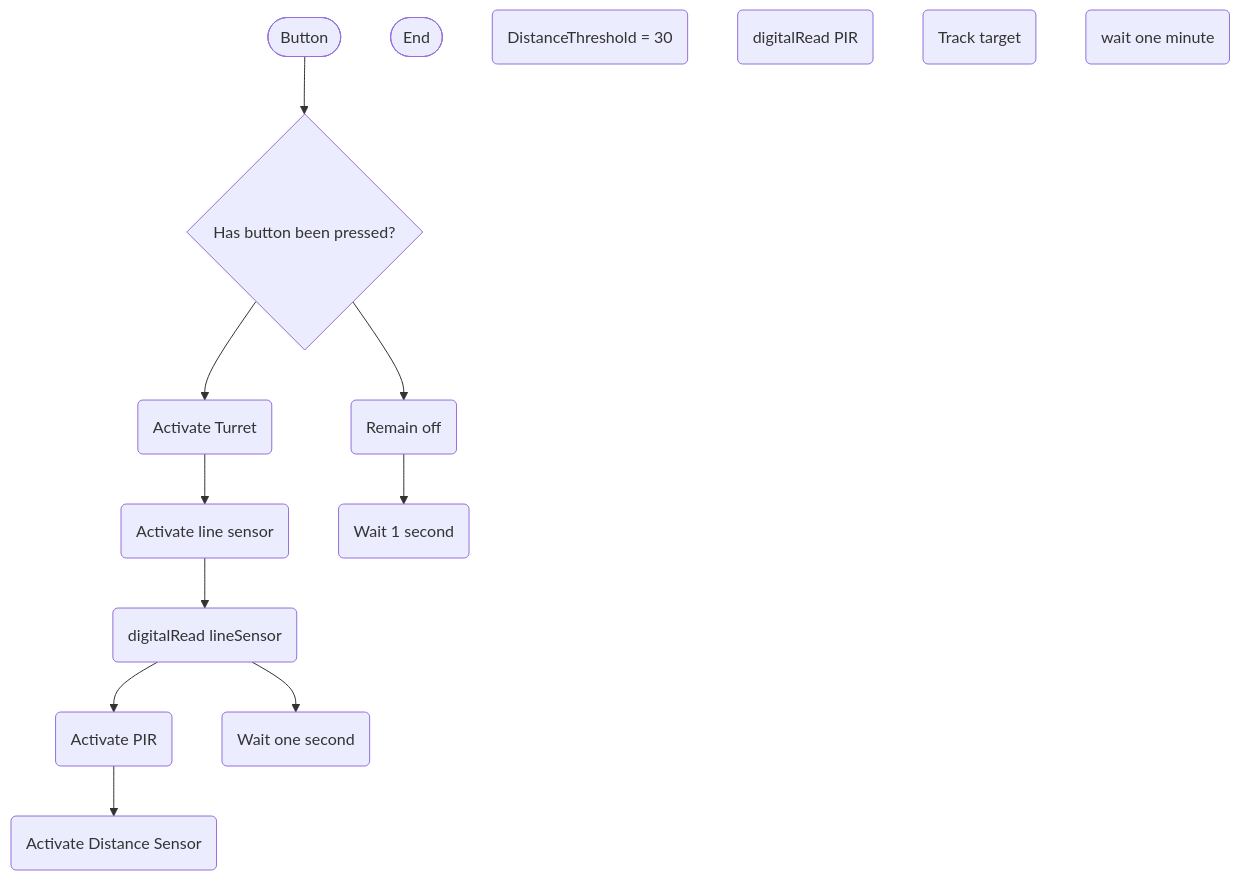
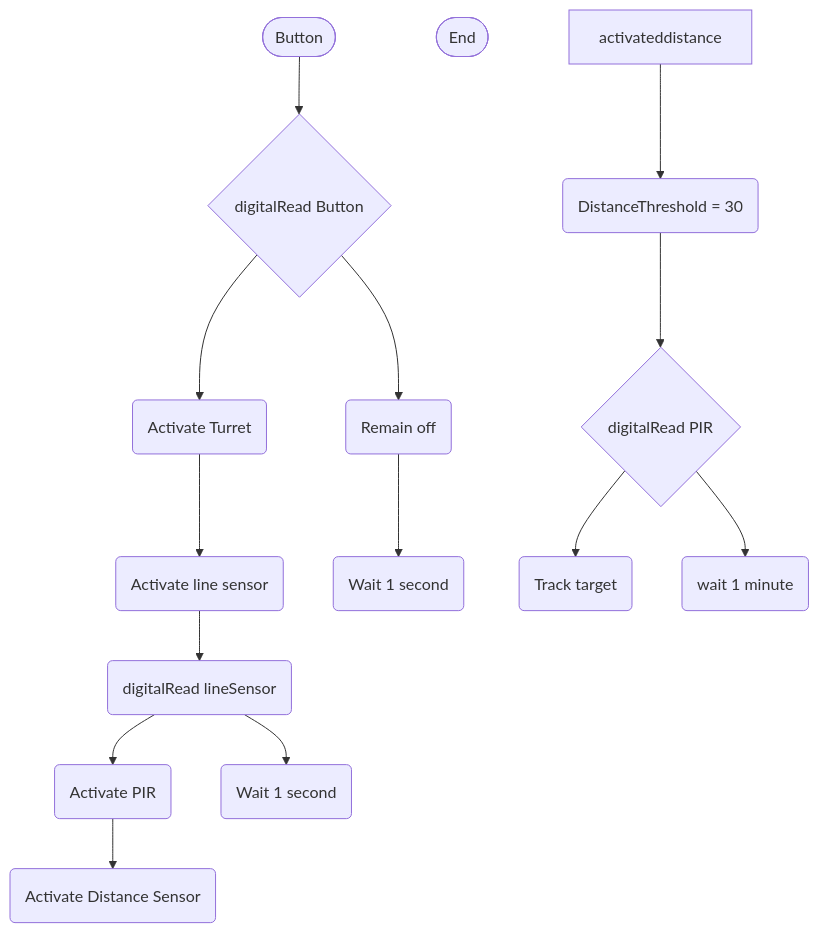
One commit to Zac2259/Smart-Turret changed the diagram in logic.md. Above: the diagram before and after it, drawn with Mermaid.

````diff
--- a/logic.md
+++ b/logic.md
@@ -1,30 +1,34 @@
  ```mermaid
  flowchart TD
  %%standby logic
 terminalStart([Button])
  terminalEnd([End])
-Buttontrigger{Has button been pressed?}
+Buttontrigger{digitalRead Button}
 activateturret(Activate Turret)
 activatesensor(Activate line sensor)
 remainoff(Remain off)
 loop(Wait 1 second)
 %%Tracking logic
 Readline(digitalRead lineSensor)
 activatepir(Activate PIR)
 activatedistance(Activate Distance Sensor)
-loop2(Wait one second)
+loop2(Wait 1 second)
 distance(DistanceThreshold = 30)
-ReadPIR(digitalRead PIR)
+ReadPIR{digitalRead PIR}
 track(Track target)
-loop3(wait one minute)
+loop3(wait 1 minute)
+%%Firing
 terminalStart --> Buttontrigger
 Buttontrigger --> activateturret
 activateturret --> activatesensor
 Buttontrigger --> remainoff
 remainoff --> loop
 activatesensor --> Readline
 Readline --> activatepir
 Readline --> loop2
 activatepir --> activatedistance
-
+activateddistance --> distance
+distance --> ReadPIR
+ReadPIR --> track
+ReadPIR --> loop3
  ```
````
